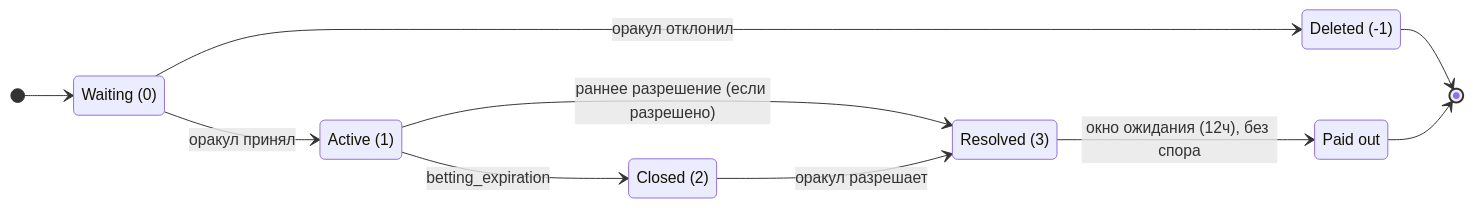
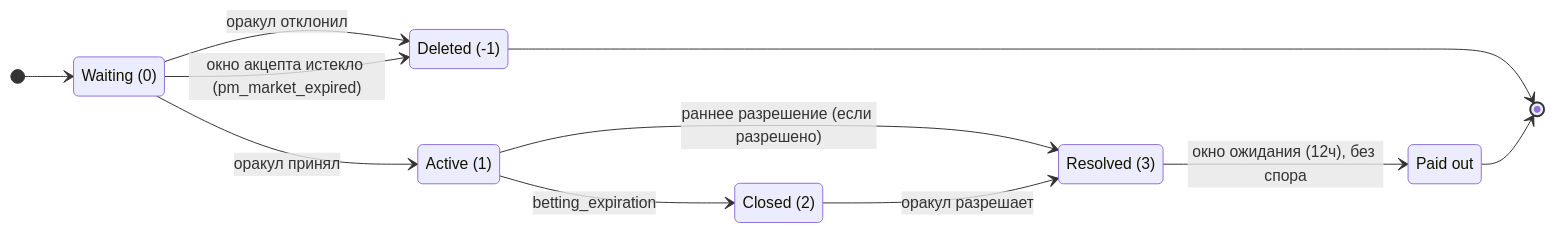
Before and after one commit to VIZ-Blockchain/viz-cpp-node: the diagram in @l10n/ru/docs/prediction-markets/specification.md, drawn with Mermaid. The commit also changed other lines of this file and 17 other files, not shown here.

````diff
--- a/@l10n/ru/docs/prediction-markets/specification.md
+++ b/@l10n/ru/docs/prediction-markets/specification.md
@@ -141,19 +142,20 @@
 ```mermaid
 stateDiagram-v2
   direction LR
   state "Waiting (0)" as Waiting
   state "Active (1)" as Active
   state "Closed (2)" as Closed
   state "Resolved (3)" as Resolved
   state "Deleted (-1)" as Deleted
   state "Paid out" as Paid
   [*] --> Waiting
   Waiting --> Active: оракул принял
   Waiting --> Deleted: оракул отклонил
+  Waiting --> Deleted: окно акцепта истекло (pm_market_expired)
   Active --> Closed: betting_expiration
   Active --> Resolved: раннее разрешение (если разрешено)
   Closed --> Resolved: оракул разрешает
   Resolved --> Paid: окно ожидания (12ч), без спора
   Deleted --> [*]
   Paid --> [*]
 ```
````
